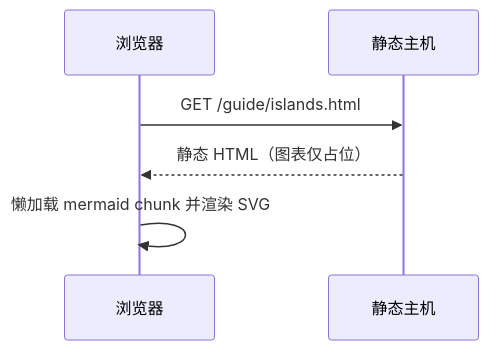
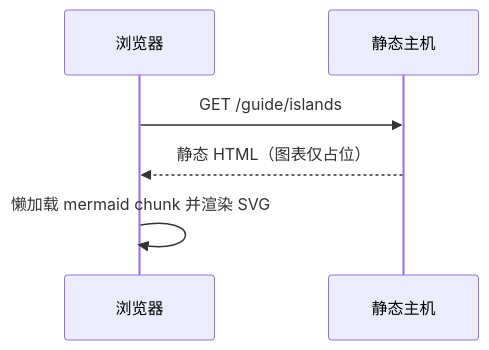
One commit to lxl66566/absolute-press changed the second of 2 diagrams in docs/content/en/guide/islands.md. Above: the diagram before and after it, drawn with Mermaid. The commit also changed other lines of this file and 70 other files, not shown here.

````diff
--- a/docs/content/en/guide/islands.md
+++ b/docs/content/en/guide/islands.md
@@ -81,8 +81,8 @@
 ```mermaid
 sequenceDiagram
   participant B as 浏览器
   participant S as 静态主机
-  B->>S: GET /guide/islands.html
+  B->>S: GET /guide/islands
   S-->>B: 静态 HTML（图表仅占位）
   B->>B: 懒加载 mermaid chunk 并渲染 SVG
 ```
````
